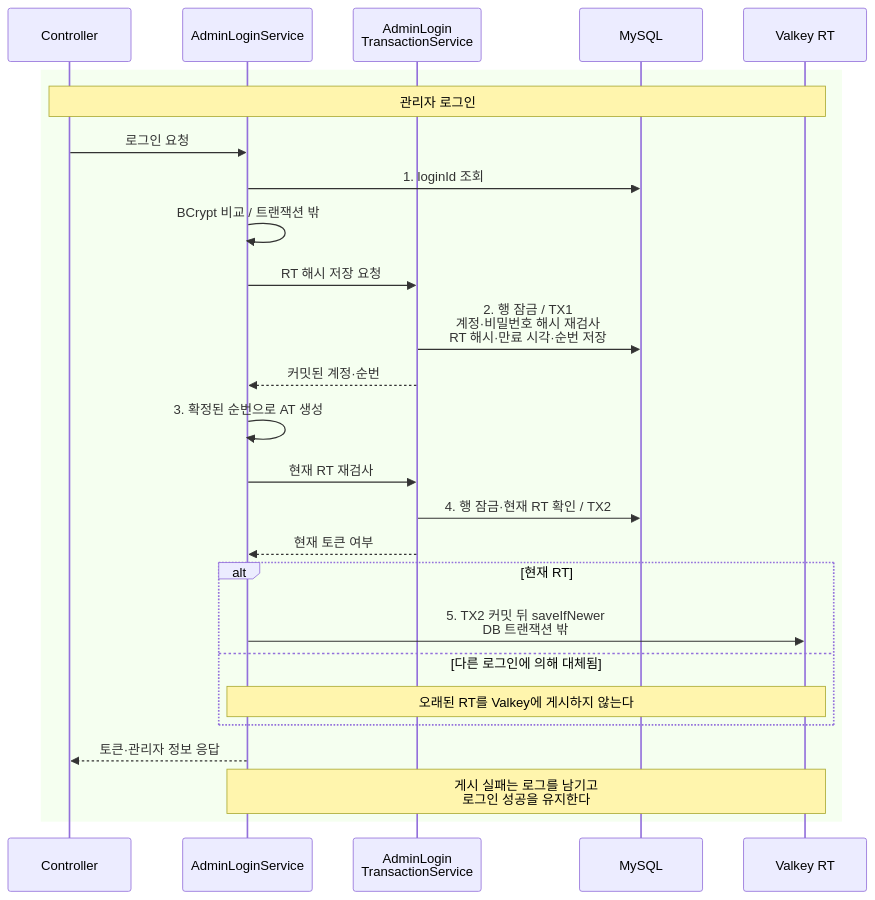
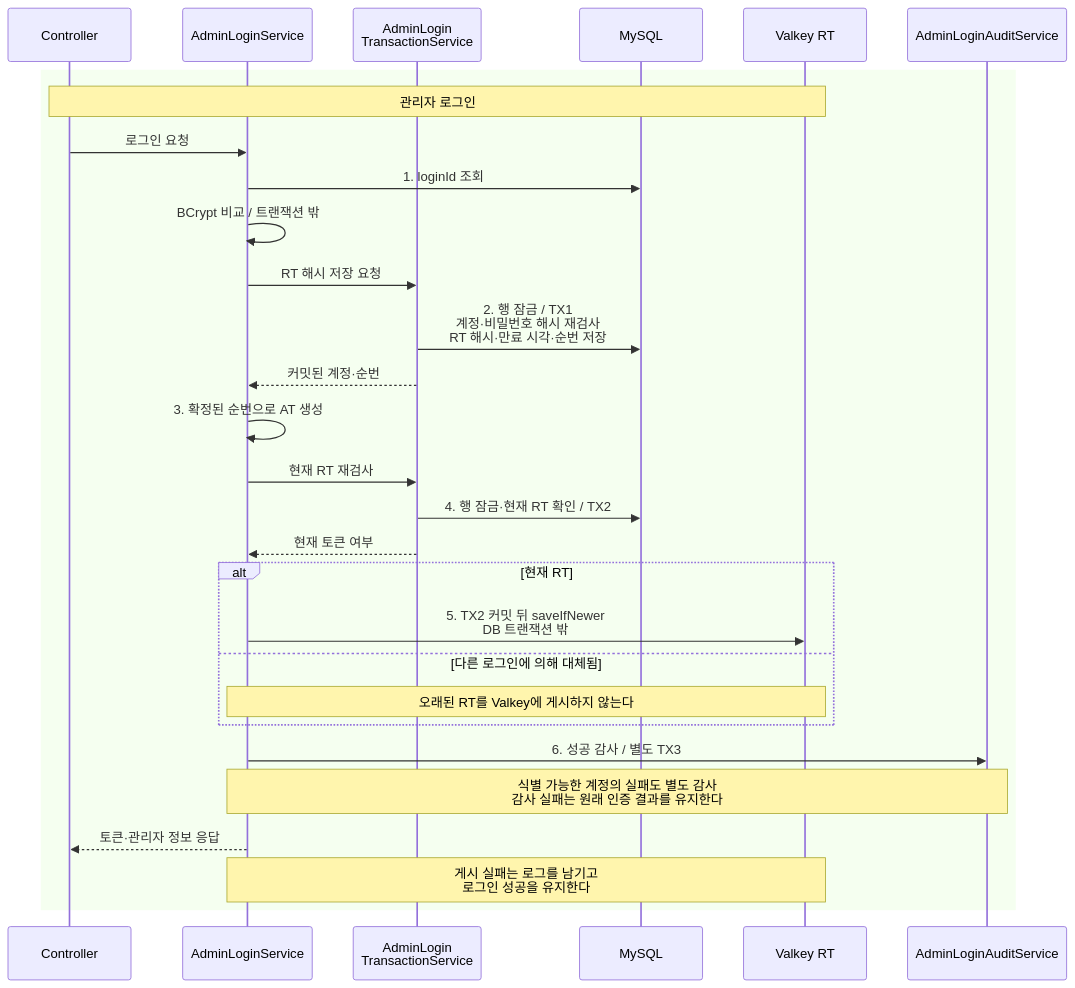
One commit to lunch-catch/lc-backend changed the fourth of 5 diagrams in docs/design/admin/admin_구조와_동작_설계.md. Above: the diagram before and after it, drawn with Mermaid. The commit also changed other lines of this file and 5 other files, not shown here.

````diff
--- a/docs/design/admin/admin_구조와_동작_설계.md
+++ b/docs/design/admin/admin_구조와_동작_설계.md
@@ -257,29 +277,32 @@
 ```mermaid
 sequenceDiagram
     participant HTTP as Controller
     participant LOGIN as AdminLoginService
     participant LOGIN_TX as AdminLogin<br/>TransactionService
     participant DB as MySQL
     participant RT as Valkey RT
+    participant LA as AdminLoginAuditService
 
     rect rgb(245, 255, 240)
         Note over HTTP,RT: 관리자 로그인
         HTTP->>LOGIN: 로그인 요청
         LOGIN->>DB: 1. loginId 조회
         LOGIN->>LOGIN: BCrypt 비교 / 트랜잭션 밖
         LOGIN->>LOGIN_TX: RT 해시 저장 요청
         LOGIN_TX->>DB: 2. 행 잠금 / TX1<br/>계정·비밀번호 해시 재검사<br/>RT 해시·만료 시각·순번 저장
         LOGIN_TX-->>LOGIN: 커밋된 계정·순번
         LOGIN->>LOGIN: 3. 확정된 순번으로 AT 생성
         LOGIN->>LOGIN_TX: 현재 RT 재검사
         LOGIN_TX->>DB: 4. 행 잠금·현재 RT 확인 / TX2
         LOGIN_TX-->>LOGIN: 현재 토큰 여부
         alt 현재 RT
             LOGIN->>RT: 5. TX2 커밋 뒤 saveIfNewer<br/>DB 트랜잭션 밖
         else 다른 로그인에 의해 대체됨
             Note over LOGIN,RT: 오래된 RT를 Valkey에 게시하지 않는다
         end
+        LOGIN->>LA: 6. 성공 감사 / 별도 TX3
+        Note over LOGIN,LA: 식별 가능한 계정의 실패도 별도 감사<br/>감사 실패는 원래 인증 결과를 유지한다
         LOGIN-->>HTTP: 토큰·관리자 정보 응답
         Note over LOGIN,RT: 게시 실패는 로그를 남기고<br/>로그인 성공을 유지한다
     end
 ```
````
